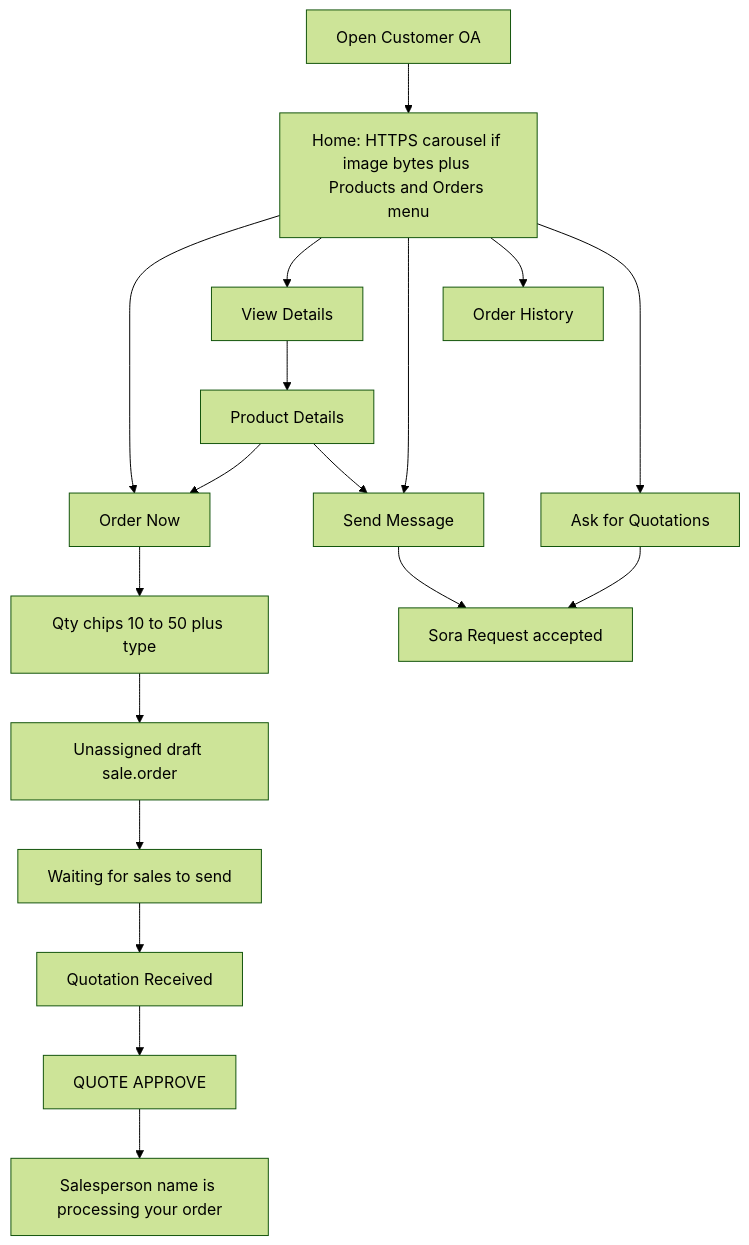
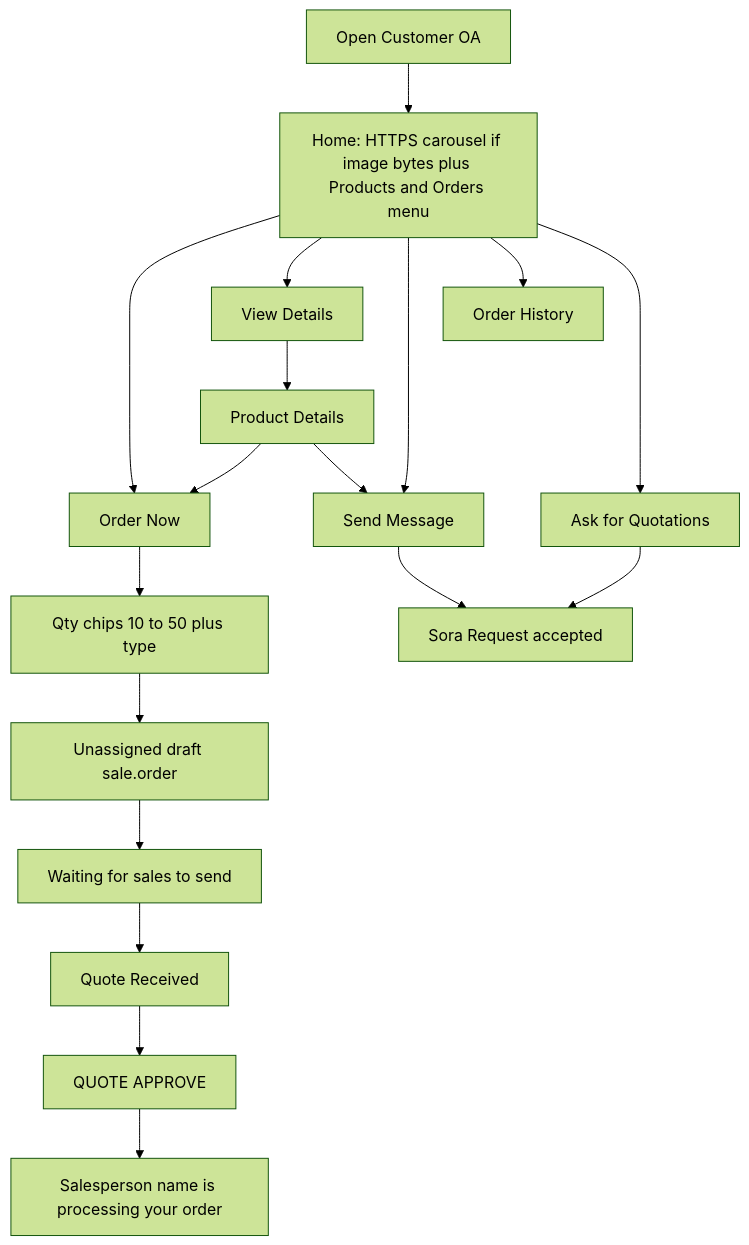
Before and after one commit to razenjazzy/cloudnex-connect: the first of 2 diagrams in documents/AGENTIC_PROMPT.md, drawn with Mermaid (forest theme). The commit also changed other lines of this file and 13 other files, not shown here.

````diff
--- a/documents/AGENTIC_PROMPT.md
+++ b/documents/AGENTIC_PROMPT.md
@@ -28,20 +28,20 @@
 ```mermaid
 flowchart TD
   openC[Open Customer OA] --> homeC[Home: HTTPS carousel if image bytes plus Products and Orders menu]
   homeC --> orderNow[Order Now]
   homeC --> viewDetails[View Details]
   homeC --> sendMsg[Send Message]
   homeC --> history[Order History]
   homeC --> ask[Ask for Quotations]
   orderNow --> qty[Qty chips 10 to 50 plus type]
   qty --> draft[Unassigned draft sale.order]
   viewDetails --> details[Product Details]
   details --> orderNow
   details --> sendMsg
   sendMsg --> accepted[Sora Request accepted]
   ask --> accepted
   draft --> waitSales[Waiting for sales to send]
-  waitSales --> received[Quotation Received]
+  waitSales --> received[Quote Received]
   received --> approve[QUOTE APPROVE]
   approve --> processing[Salesperson name is processing your order]
 ```
````
